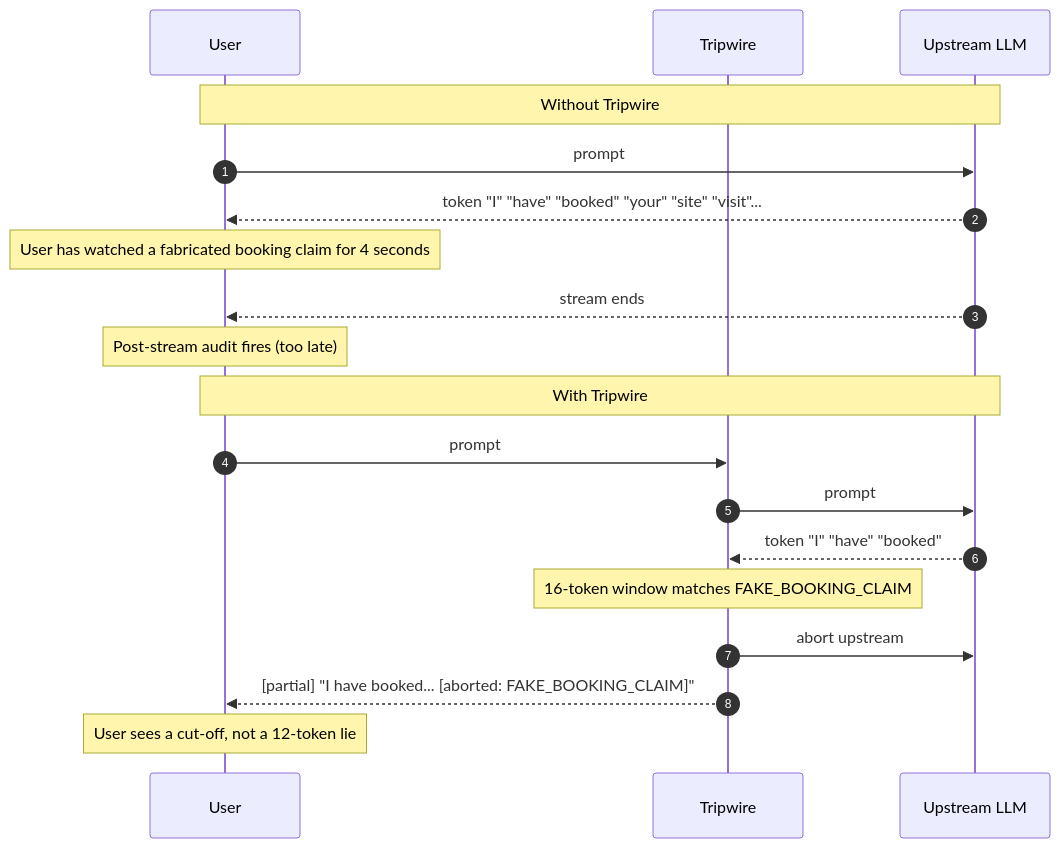
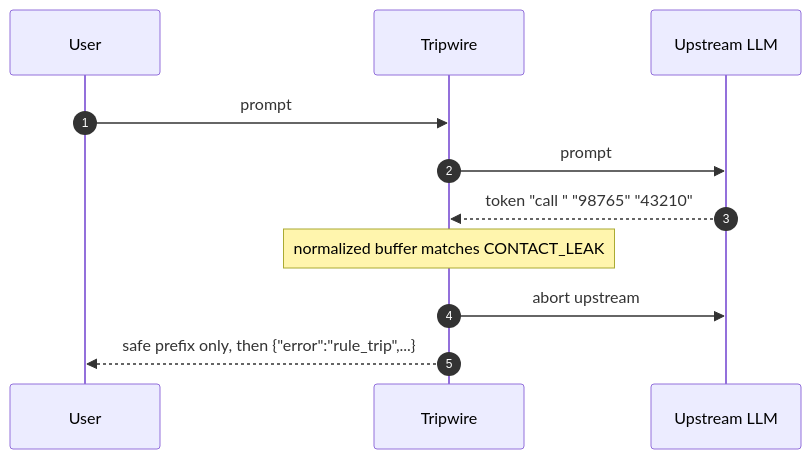
The first of 2 diagrams in docs/architecture.md (ykstorm/tripwire), drawn with Mermaid before and after one commit. The commit also changed other lines of this file and 64 other files, not shown here.

````diff
--- a/docs/architecture.md
+++ b/docs/architecture.md
@@ -5,23 +15,13 @@
 ```mermaid
 sequenceDiagram
     autonumber
     participant U as User
     participant T as Tripwire
     participant L as Upstream LLM
-
-    Note over U,L: Without Tripwire
-    U->>L: prompt
-    L-->>U: token "I" "have" "booked" "your" "site" "visit"...
-    Note over U: User has watched a fabricated booking claim for 4 seconds
-    L-->>U: stream ends
-    Note over U: Post-stream audit fires (too late)
-
-    Note over U,L: With Tripwire
     U->>T: prompt
     T->>L: prompt
-    L-->>T: token "I" "have" "booked"
-    Note over T: 16-token window matches FAKE_BOOKING_CLAIM
+    L-->>T: token "call " "98765" "43210"
+    Note over T: normalized buffer matches CONTACT_LEAK
     T->>L: abort upstream
-    T-->>U: [partial] "I have booked... [aborted: FAKE_BOOKING_CLAIM]"
-    Note over U: User sees a cut-off, not a 12-token lie
+    T-->>U: safe prefix only, then {"error":"rule_trip",...}
 ```
````
